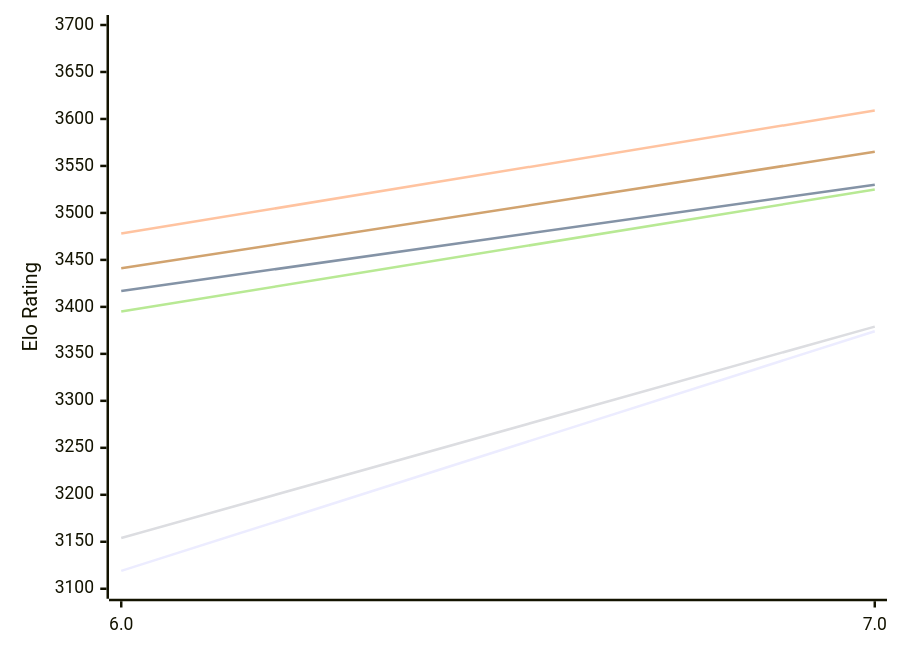
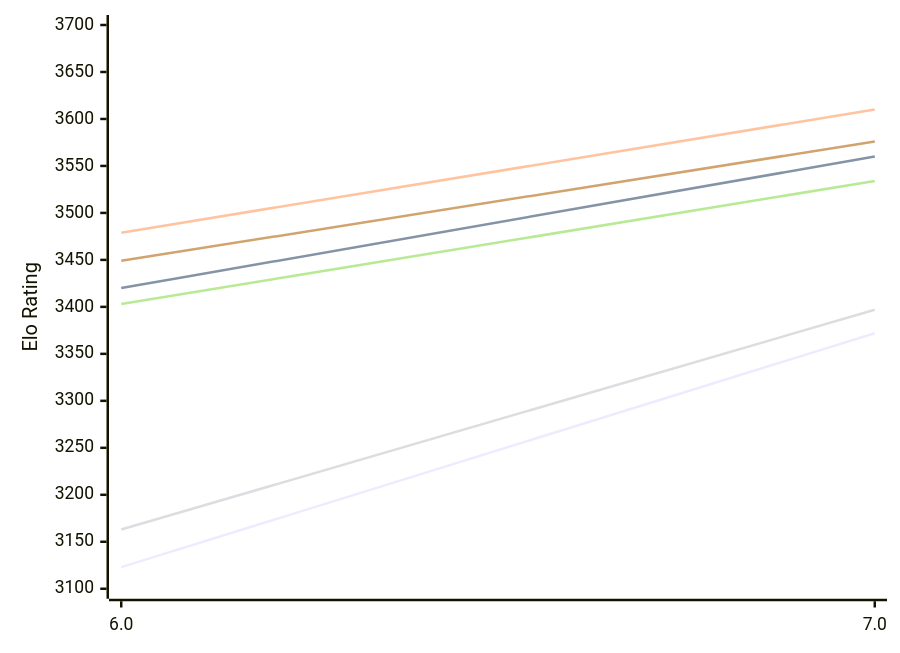
Before and after one commit to computer-chess-index/cci: the first of 2 diagrams in engines/Devre.md, drawn with Mermaid. The commit also changed other lines of this file, not shown here.

Commit message:
Update CCI Ratings (ELO VLTC) - 2026-11-25

````diff
--- a/engines/Devre.md
+++ b/engines/Devre.md
@@ -50,12 +50,12 @@
 ```mermaid
 %%{init: {"theme":"base","themeVariables":{"seriesColors:['#a3a3a3','#222221','#faa371']}}}%%
 xychart-beta
   x-axis ["6.0", "7.0"]
   y-axis "Elo Rating" 3100 --> 3700
-  line "E1: STC (8.0+0.08s)" [3119, 3374]
-  line "E1: LTC (60.0+0.60s)" [3417, 3530]
-  line "E1: VLTC (2m24s+1.12s)" [3478, 3609]
-  line "P1: STC (8.0+0.08s)" [3154, 3379]
-  line "P1: LTC (60.0+0.60s)" [3395, 3525]
-  line "P1: VLTC (2m24s+1.12s)" [3441, 3565]
+  line "E1: STC (8.0+0.08s)" [3123, 3372]
+  line "E1: LTC (60.0+0.60s)" [3420, 3560]
+  line "E1: VLTC (2m24s+1.12s)" [3479, 3610]
+  line "P1: STC (8.0+0.08s)" [3163, 3397]
+  line "P1: LTC (60.0+0.60s)" [3403, 3534]
+  line "P1: VLTC (2m24s+1.12s)" [3449, 3576]
 ```
````
